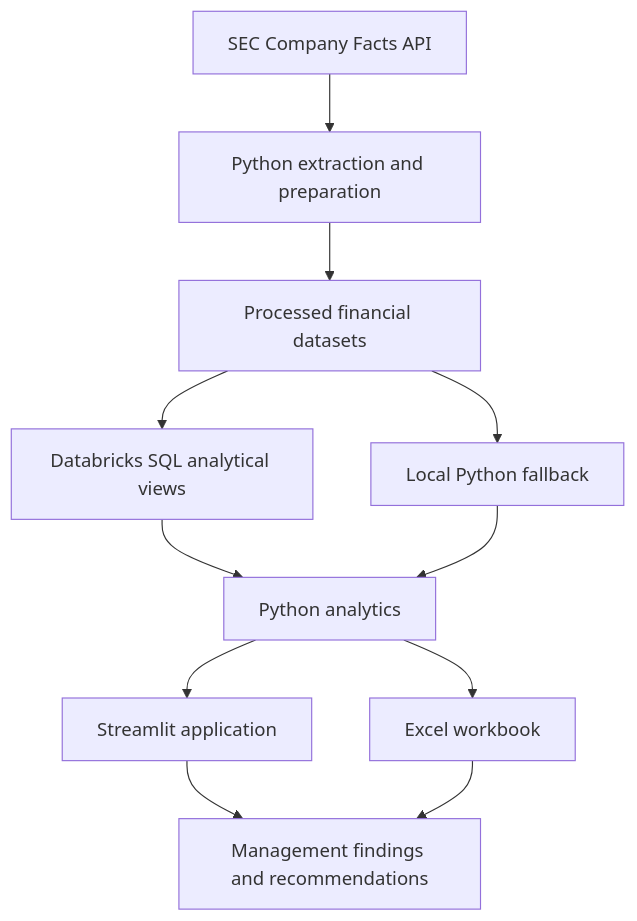
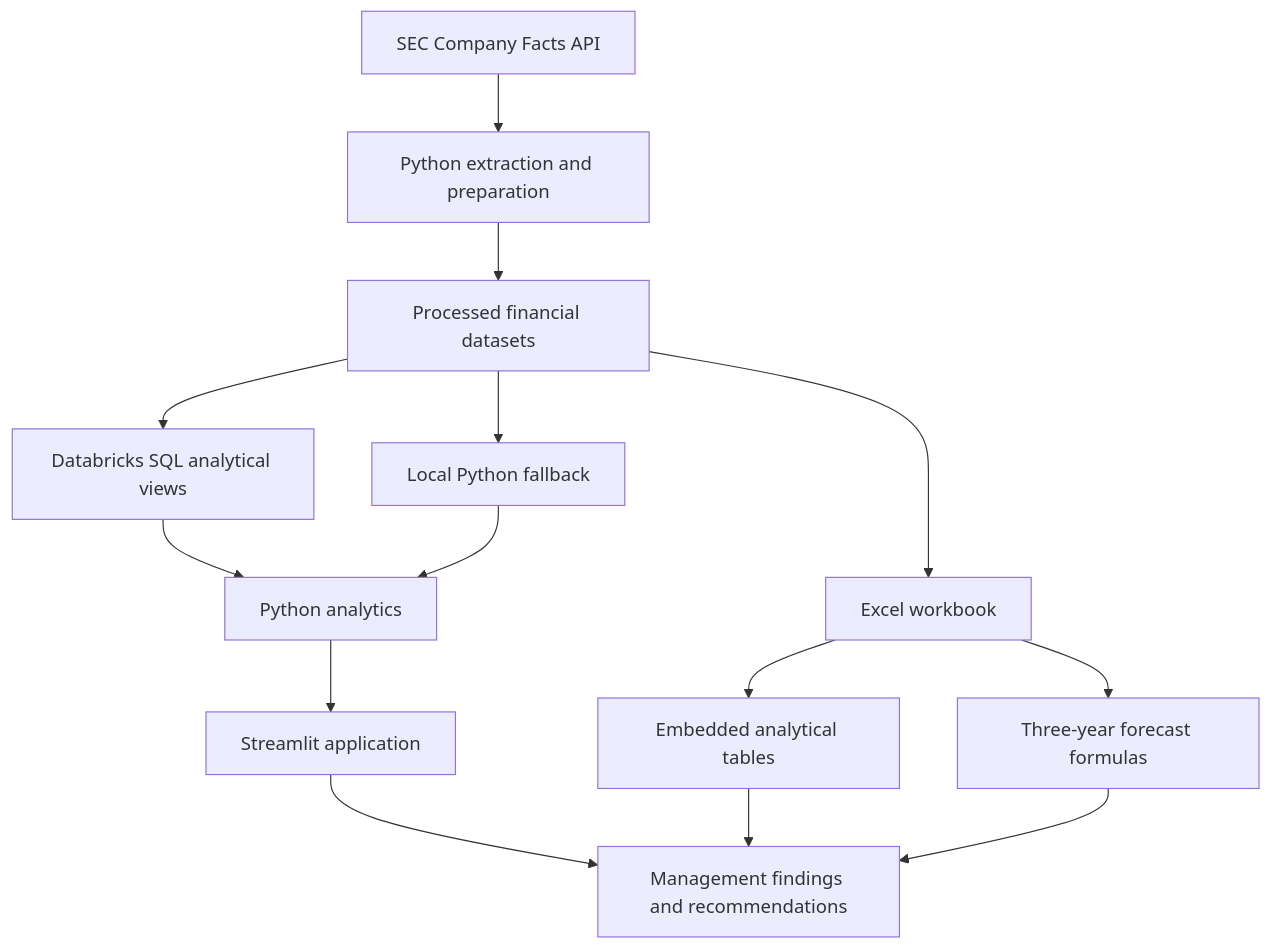
The diagram in README.md (treyparkes0/Business-Performance-Analytics-Platform), drawn with Mermaid before and after one commit. The commit also changed other lines of this file, not shown here.

Commit message:
Document forecast net income and separate Excel from the Python analytics flow.

````diff
--- a/README.md
+++ b/README.md
@@ -46,13 +46,16 @@
 ```mermaid
 flowchart TD
     A[SEC Company Facts API] --> B[Python extraction and preparation]
     B --> C[Processed financial datasets]
     C --> D[Databricks SQL analytical views]
     D --> E[Python analytics]
     C --> F[Local Python fallback]
     F --> E
     E --> G[Streamlit application]
-    E --> X[Excel workbook]
+    C --> X[Excel workbook]
+    X --> U[Embedded analytical tables]
+    X --> V[Three-year forecast formulas]
     G --> H[Management findings and recommendations]
-    X --> H
+    U --> H
+    V --> H
 ```
````
